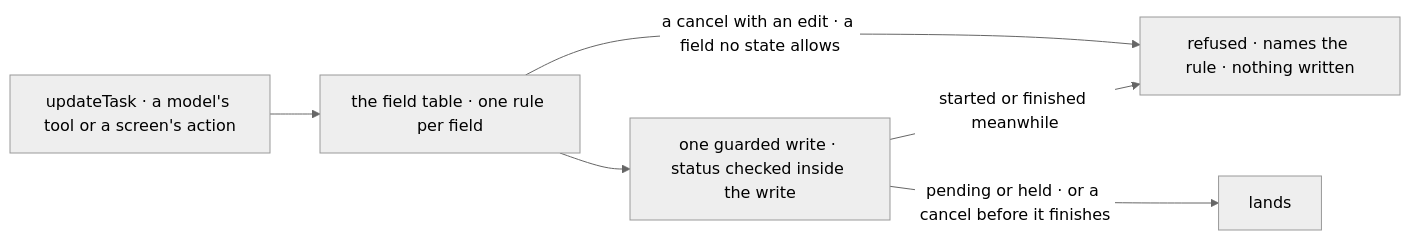
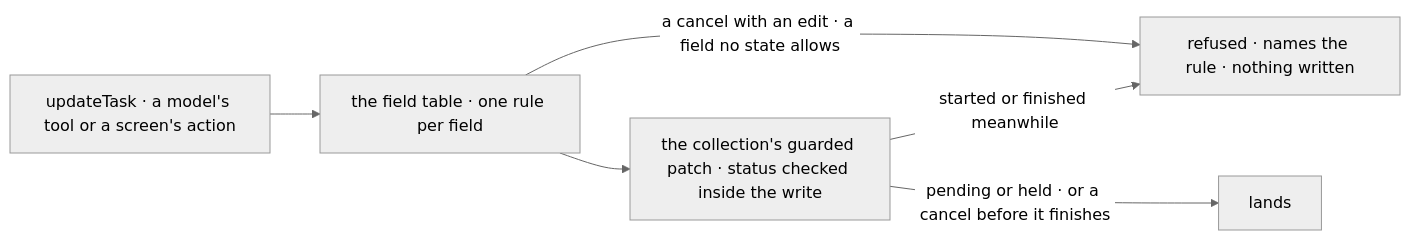
The second of 2 diagrams in specs/issues/FIX-2081/SPEC.md (fixpoint-labs/flow-state-dev), drawn with Mermaid (neutral theme) before and after one commit. The commit also changed other lines of this file and 4 other files, not shown here.

First line of the commit message:
spec(FIX-2081): review round 1 — one guarded patch, FIX-2080 owns the held entry, migration completed

````diff
--- a/specs/issues/FIX-2081/SPEC.md
+++ b/specs/issues/FIX-2081/SPEC.md
@@ -90,8 +90,8 @@
 ```mermaid
 flowchart LR
   C["updateTask · a model's tool or a screen's action"] --> T["the field table · one rule per field"]
   T -->|"a cancel with an edit · a field no state allows"| N["refused · names the rule · nothing written"]
-  T --> W["one guarded write · status checked inside the write"]
+  T --> W["the collection's guarded patch · status checked inside the write"]
   W -->|"pending or held · or a cancel before it finishes"| S["lands"]
   W -->|"started or finished meanwhile"| N
 ```
````
